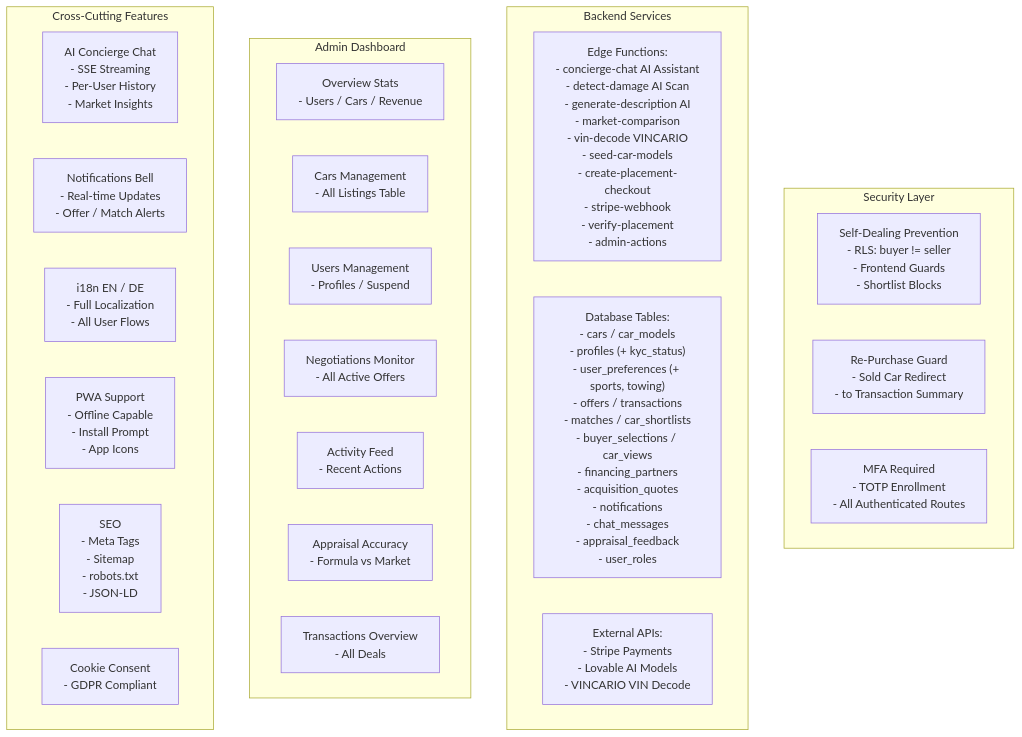
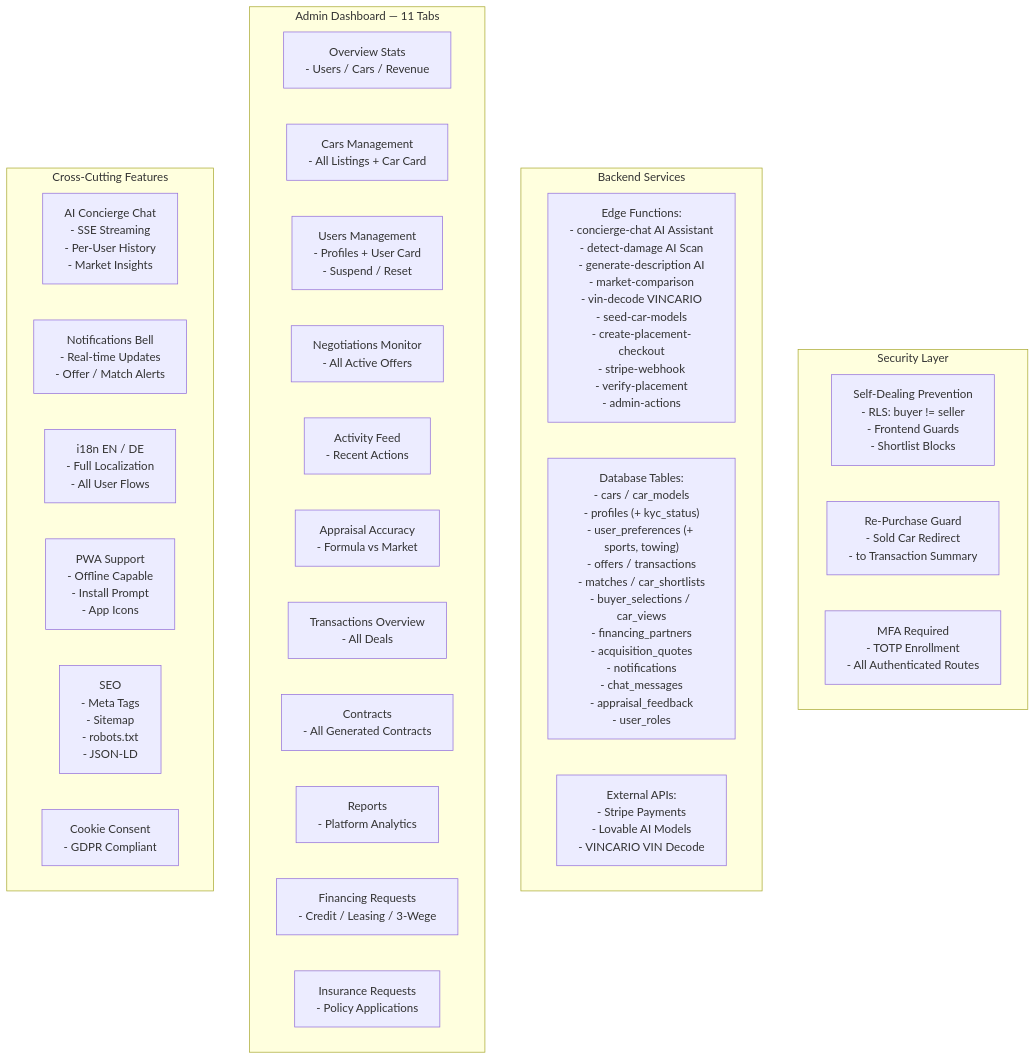
One commit to dameco1/autozon changed the diagram in public/docs/system-overview.md. Above: the diagram before and after it, drawn with Mermaid.

Commit message:
Preceding changes

````diff
--- a/public/docs/system-overview.md
+++ b/public/docs/system-overview.md
@@ -5,33 +5,37 @@
 ```mermaid
 flowchart TD
     subgraph SECURITY["Security Layer"]
         SEC1["Self-Dealing Prevention\n- RLS: buyer != seller\n- Frontend Guards\n- Shortlist Blocks"]
         SEC2["Re-Purchase Guard\n- Sold Car Redirect\n- to Transaction Summary"]
         SEC3["MFA Required\n- TOTP Enrollment\n- All Authenticated Routes"]
     end
 
     subgraph BACKEND["Backend Services"]
         BE1["Edge Functions:\n- concierge-chat AI Assistant\n- detect-damage AI Scan\n- generate-description AI\n- market-comparison\n- vin-decode VINCARIO\n- seed-car-models\n- create-placement-checkout\n- stripe-webhook\n- verify-placement\n- admin-actions"]
         BE2["Database Tables:\n- cars / car_models\n- profiles (+ kyc_status)\n- user_preferences (+ sports, towing)\n- offers / transactions\n- matches / car_shortlists\n- buyer_selections / car_views\n- financing_partners\n- acquisition_quotes\n- notifications\n- chat_messages\n- appraisal_feedback\n- user_roles"]
         BE3["External APIs:\n- Stripe Payments\n- Lovable AI Models\n- VINCARIO VIN Decode"]
     end
 
-    subgraph ADMIN["Admin Dashboard"]
+    subgraph ADMIN["Admin Dashboard — 11 Tabs"]
         AD1["Overview Stats\n- Users / Cars / Revenue"]
-        AD2["Cars Management\n- All Listings Table"]
-        AD3["Users Management\n- Profiles / Suspend"]
+        AD2["Cars Management\n- All Listings + Car Card"]
+        AD3["Users Management\n- Profiles + User Card\n- Suspend / Reset"]
         AD4["Negotiations Monitor\n- All Active Offers"]
         AD5["Activity Feed\n- Recent Actions"]
         AD6["Appraisal Accuracy\n- Formula vs Market"]
         AD7["Transactions Overview\n- All Deals"]
+        AD8["Contracts\n- All Generated Contracts"]
+        AD9["Reports\n- Platform Analytics"]
+        AD10["Financing Requests\n- Credit / Leasing / 3-Wege"]
+        AD11["Insurance Requests\n- Policy Applications"]
     end
 
     subgraph FEATURES["Cross-Cutting Features"]
         F1["AI Concierge Chat\n- SSE Streaming\n- Per-User History\n- Market Insights"]
         F2["Notifications Bell\n- Real-time Updates\n- Offer / Match Alerts"]
         F3["i18n EN / DE\n- Full Localization\n- All User Flows"]
         F4["PWA Support\n- Offline Capable\n- Install Prompt\n- App Icons"]
         F5["SEO\n- Meta Tags\n- Sitemap\n- robots.txt\n- JSON-LD"]
         F6["Cookie Consent\n- GDPR Compliant"]
     end
 ```
````
